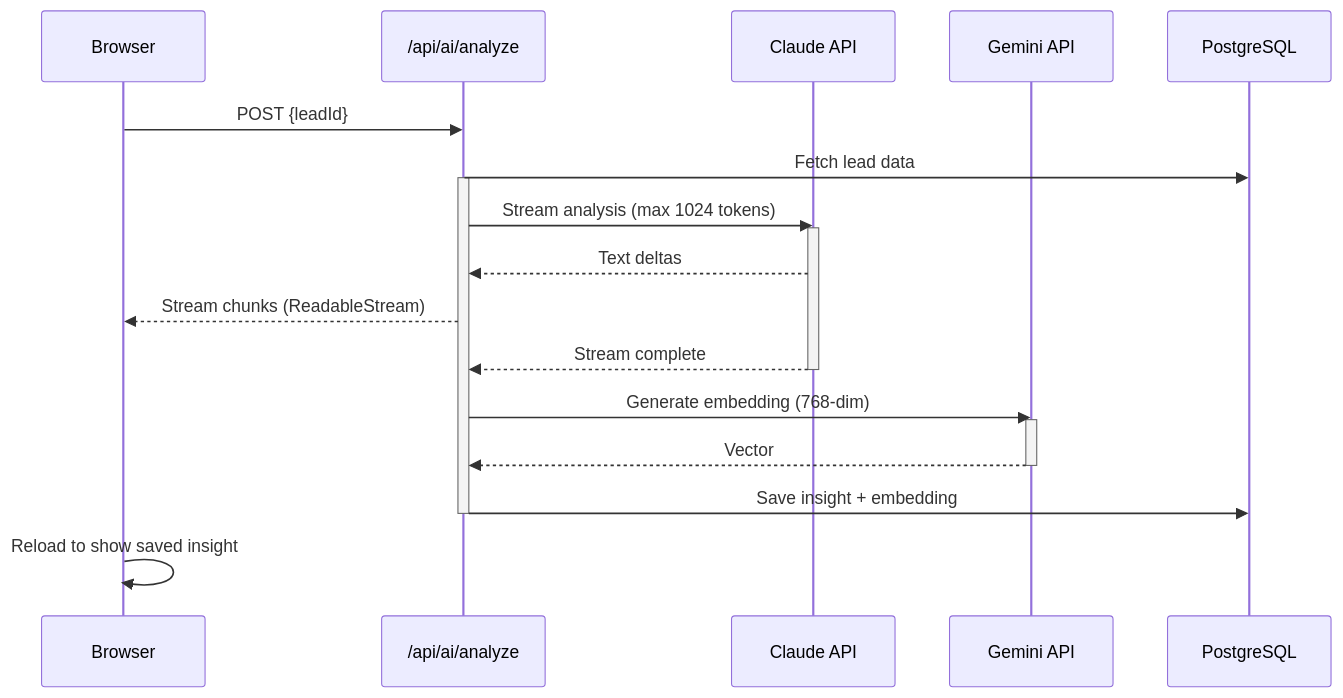
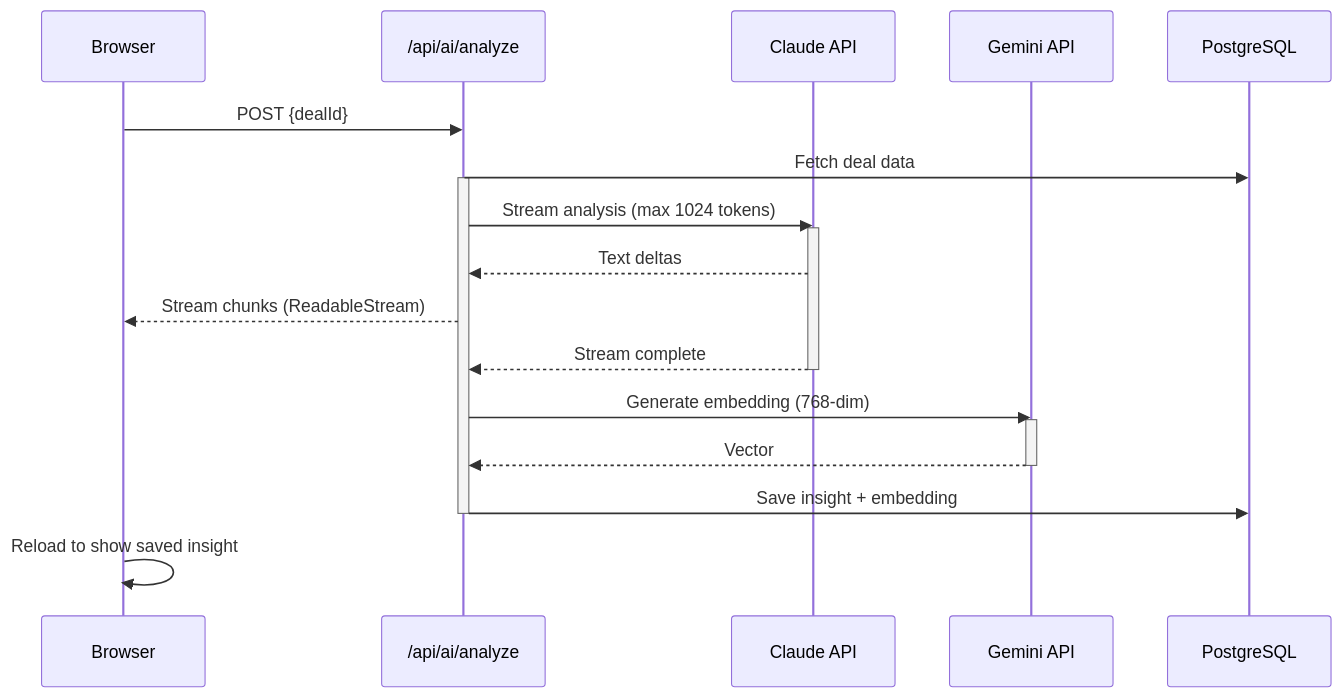
The diagram in docs/ai-pipeline.md (wenindoubt/admin.wenindoubt.com), drawn with Mermaid before and after one commit. The commit also changed other lines of this file and 15 other files, not shown here.

````diff
--- a/docs/ai-pipeline.md
+++ b/docs/ai-pipeline.md
@@ -5,25 +5,25 @@
 ```mermaid
 sequenceDiagram
     participant Browser
     participant API as /api/ai/analyze
     participant Claude as Claude API
     participant Gemini as Gemini API
     participant DB as PostgreSQL
 
-    Browser->>API: POST {leadId}
-    API->>DB: Fetch lead data
+    Browser->>API: POST {dealId}
+    API->>DB: Fetch deal data
     activate API
     API->>Claude: Stream analysis (max 1024 tokens)
     activate Claude
     Claude-->>API: Text deltas
     API-->>Browser: Stream chunks (ReadableStream)
     Claude-->>API: Stream complete
     deactivate Claude
     API->>Gemini: Generate embedding (768-dim)
     activate Gemini
     Gemini-->>API: Vector
     deactivate Gemini
     API->>DB: Save insight + embedding
     deactivate API
     Browser->>Browser: Reload to show saved insight
 ```
````
